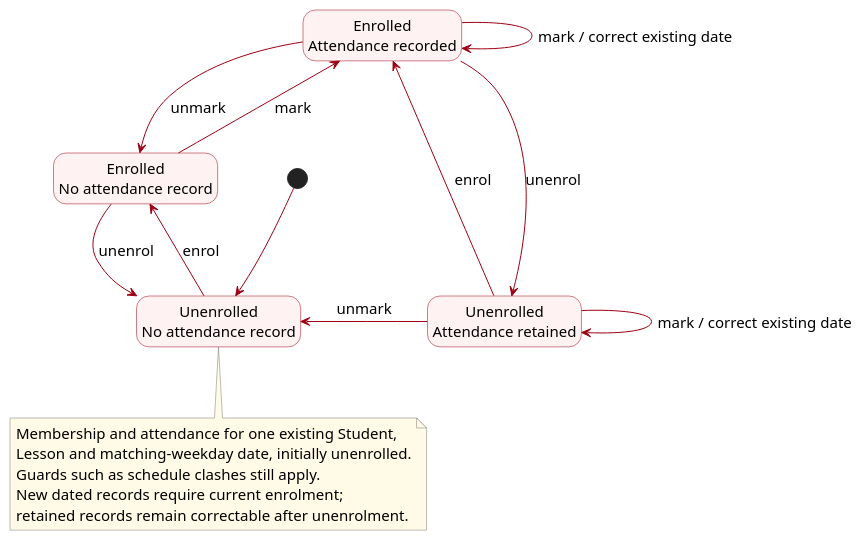
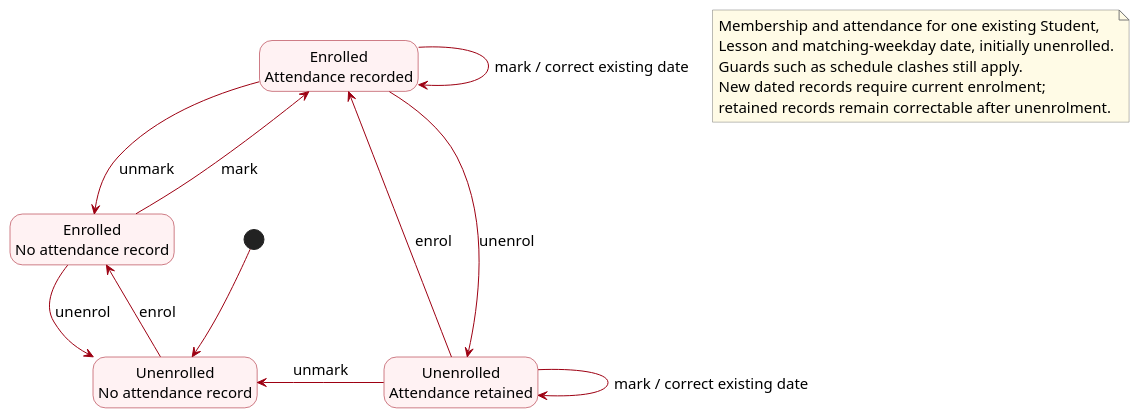
Before and after one commit to AY2627S1-CS2103T-F13-3/tp: the diagram in docs/diagrams/DomainAttendanceHistory.puml, drawn with PlantUML. The commit also changed 2 other files, not shown here.

Commit message:
Detach attendance note and update accessible label

```diff
--- a/docs/diagrams/DomainAttendanceHistory.puml
+++ b/docs/diagrams/DomainAttendanceHistory.puml
@@ -1,40 +1,40 @@
 @startuml
 ' Simplified domain draft by Vincent Lin with OpenAI Codex assistance.
 ' Self-contained source; renderer: PlantUML 1.2025.3.
 skinparam defaultFontName Arial
 skinparam defaultFontSize 15
 skinparam shadowing false
 skinparam classAttributeIconSize 0
 skinparam classBackgroundColor #FFF2F3
 skinparam classBorderColor #9D0012
 skinparam classArrowColor #9D0012
 skinparam noteBackgroundColor #FFFBE6
 skinparam noteBorderColor #777777
 skinparam nodesep 70
 skinparam ranksep 70
 
 skinparam stateBackgroundColor #FFF2F3
 skinparam stateBorderColor #9D0012
 hide empty description
 state "Enrolled\nNo attendance record" as A
 state "Enrolled\nAttendance recorded" as B
 state "Unenrolled\nAttendance retained" as C
 state "Unenrolled\nNo attendance record" as D
 [*] --> D
 D -up-> A : enrol
 A -down-> D : unenrol
 A --> B : mark
 B --> A : unmark
 B -down-> C : unenrol
 C -up-> B : enrol
 C -left-> D : unmark
 B --> B : mark / correct existing date
 C --> C : mark / correct existing date
-note bottom of D
+note as AttendanceScope
   Membership and attendance for one existing Student,
   Lesson and matching-weekday date, initially unenrolled.
   Guards such as schedule clashes still apply.
   New dated records require current enrolment;
   retained records remain correctable after unenrolment.
 end note
 @enduml
```
